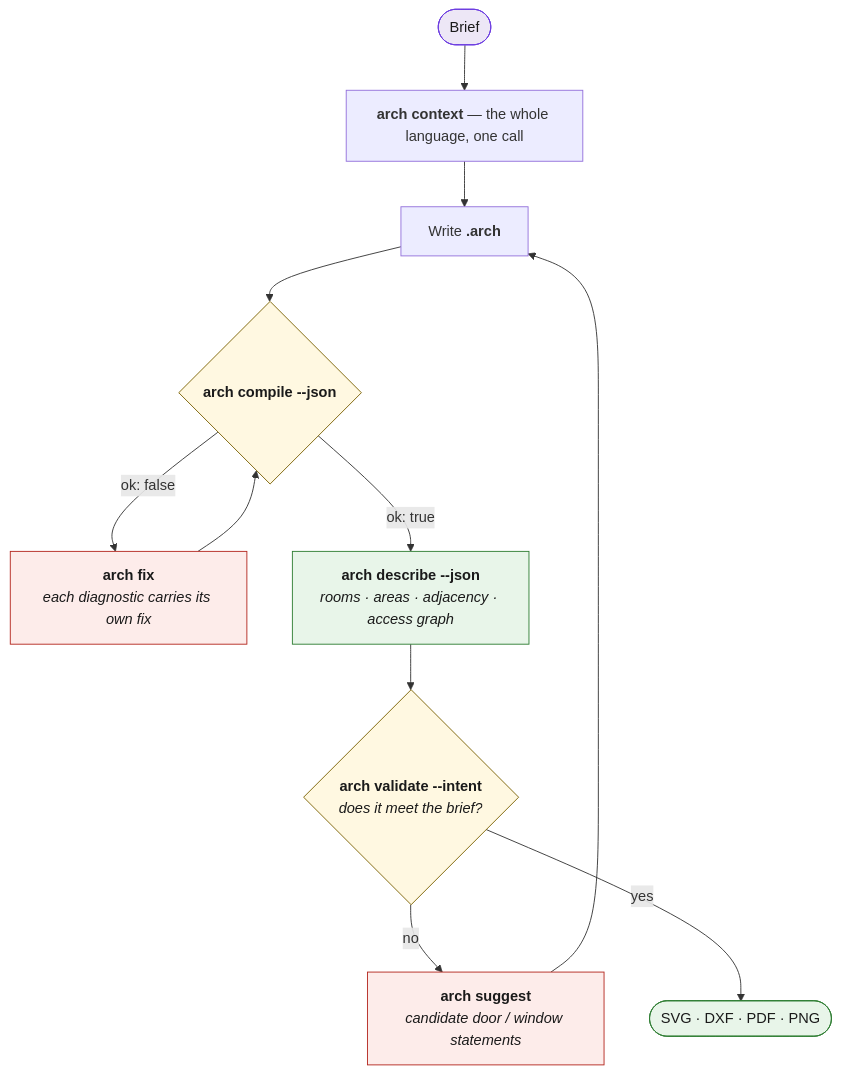
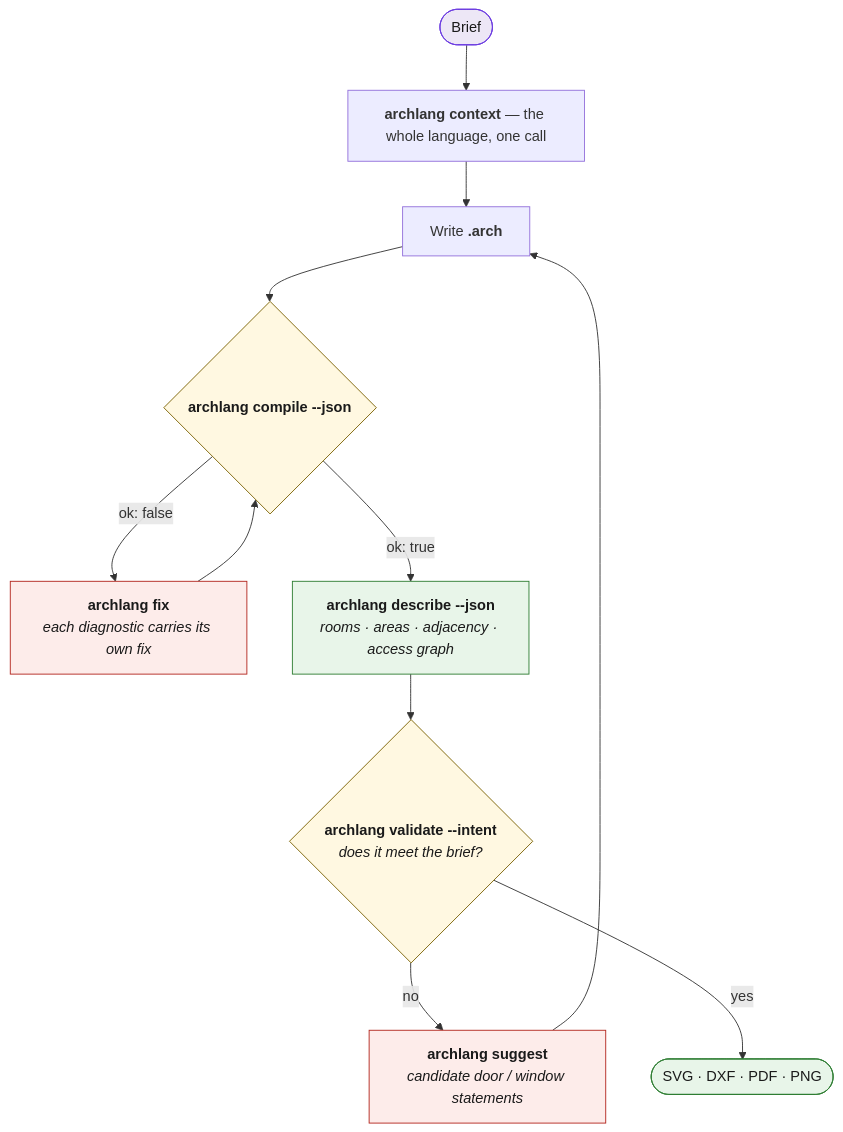
Before and after one commit to Br4inergy/archlang: the first of 2 diagrams in docs/overview.md, drawn with Mermaid. The commit also changed other lines of this file and 46 other files, not shown here.

````diff
--- a/docs/overview.md
+++ b/docs/overview.md
@@ -176,21 +176,21 @@
 ```mermaid
 flowchart TD
-    B([Brief]) --> S["<b>arch context</b> — the whole language, one call"]
+    B([Brief]) --> S["<b>archlang context</b> — the whole language, one call"]
     S --> W["Write <b>.arch</b>"]
-    W --> C{"<b>arch compile --json</b>"}
-    C -->|"ok: false"| F["<b>arch fix</b><br/><i>each diagnostic carries its own fix</i>"]
+    W --> C{"<b>archlang compile --json</b>"}
+    C -->|"ok: false"| F["<b>archlang fix</b><br/><i>each diagnostic carries its own fix</i>"]
     F --> C
-    C -->|"ok: true"| D["<b>arch describe --json</b><br/><i>rooms · areas · adjacency · access graph</i>"]
-    D --> V{"<b>arch validate --intent</b><br/><i>does it meet the brief?</i>"}
-    V -->|"no"| G["<b>arch suggest</b><br/><i>candidate door / window statements</i>"]
+    C -->|"ok: true"| D["<b>archlang describe --json</b><br/><i>rooms · areas · adjacency · access graph</i>"]
+    D --> V{"<b>archlang validate --intent</b><br/><i>does it meet the brief?</i>"}
+    V -->|"no"| G["<b>archlang suggest</b><br/><i>candidate door / window statements</i>"]
     G --> W
     V -->|"yes"| O([SVG · DXF · PDF · PNG])
 
     style B fill:#ede7f6,stroke:#6b3ae0,color:#1a1a1a
     style O fill:#e8f5e9,stroke:#2e7d32,color:#1a1a1a
     style C fill:#fff8e1,stroke:#7a6000,color:#1a1a1a
     style V fill:#fff8e1,stroke:#7a6000,color:#1a1a1a
     style D fill:#e8f5e9,stroke:#2e7d32,color:#1a1a1a
     style F fill:#fdecea,stroke:#b3261e,color:#1a1a1a
     style G fill:#fdecea,stroke:#b3261e,color:#1a1a1a
 ```
````
